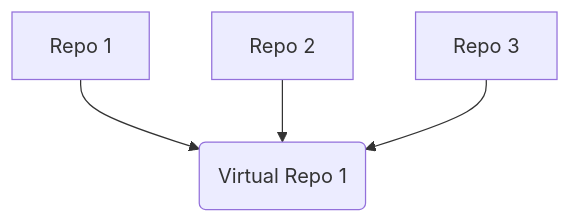
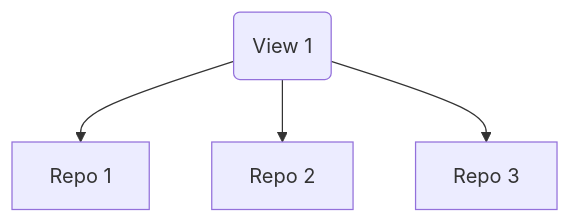
Before and after one commit to somedatapacket/docs.humio.com: the first of 2 diagrams in content/getting_started/views.md, drawn with Mermaid. The commit also changed other lines of this file and 4 other files, not shown here.

```diff
--- a/content/getting_started/views.md
+++ b/content/getting_started/views.md
@@ -28,6 +28,6 @@
 {{<mermaid align="center">}}
 graph TD;
-    A[Repo 1] --> B("Virtual Repo 1")
-    C[Repo 2] --> B
-    D[Repo 3] --> B
+    A("View 1") --> B[Repo 1]
+    A           --> C[Repo 2]
+    A           --> D[Repo 3]
 {{< /mermaid >}}
```
